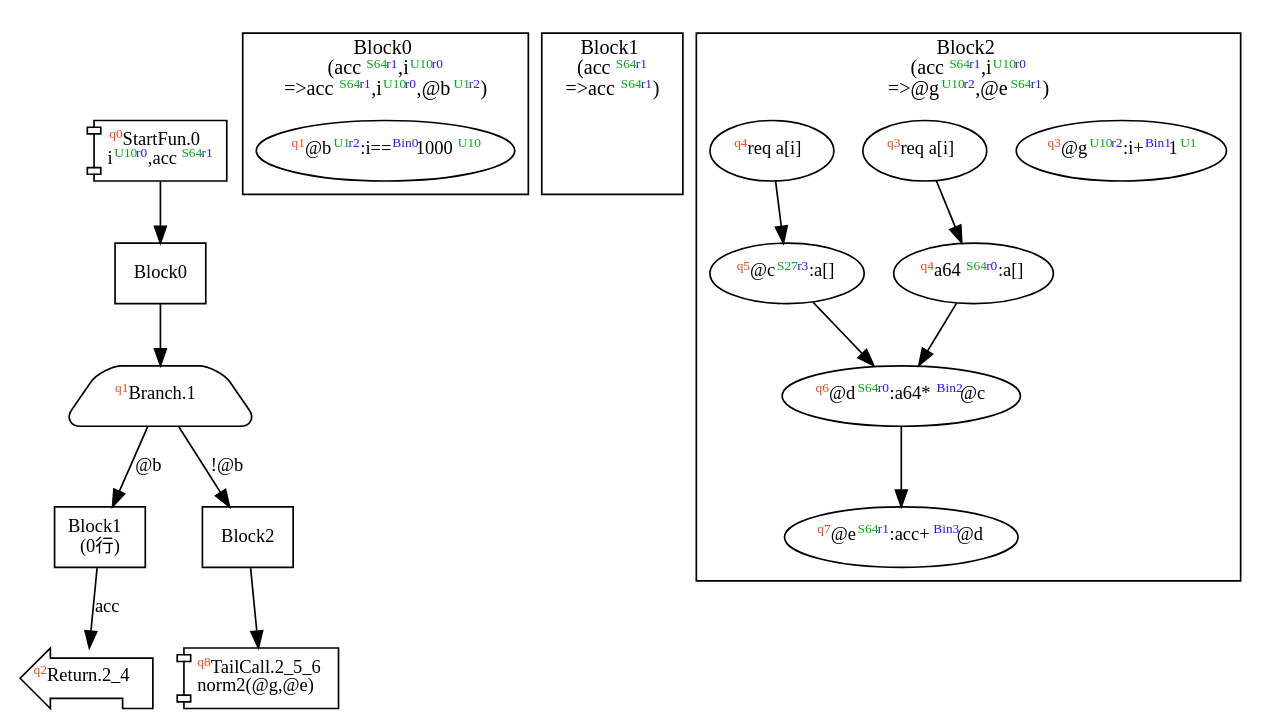
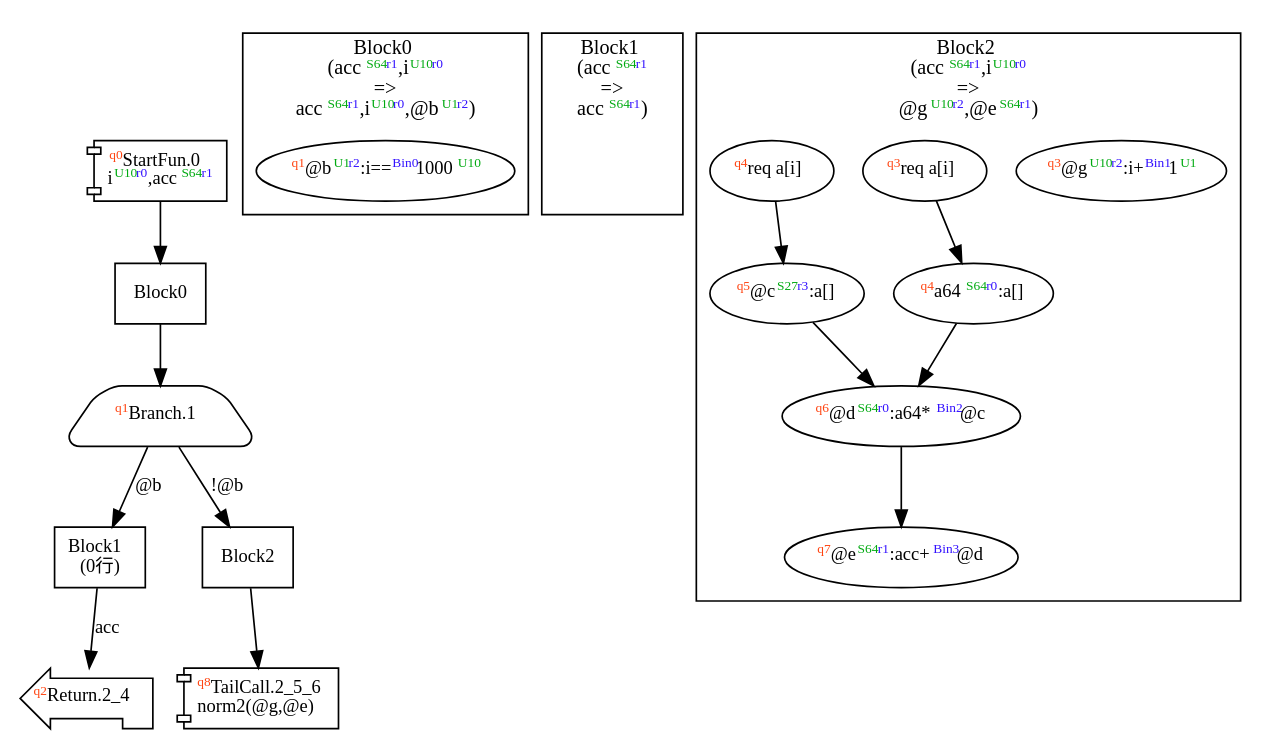
The diagram in dist/norm2.dot (akouryy/SyntheScala), drawn with Graphviz before and after one commit. The commit also changed 23 other files, not shown here.

```diff
--- a/dist/norm2.dot
+++ b/dist/norm2.dot
@@ -1,47 +1,47 @@
 digraph Program_ {
   graph [fontname = "Monaco", fontsize = 12, ranksep = 0.5];
   node [shape = box, fontname = "Monaco", fontsize = 11; colorscheme = pastel19];
   edge [fontname = "Monaco", fontsize = 11; colorscheme = pastel19];
   Jump0[label = <<font color="#ff4411" point-size="8"><sup>q0</sup></font>StartFun.0<br/>i<font color="#00aa11" point-size="8"><sup>U10</sup></font><font color="#3311ff" point-size="8"><sup>r0</sup></font>,acc<font color="#00aa11" point-size="8"><sup>S64</sup></font><font color="#3311ff" point-size="8"><sup>r1</sup></font>>; shape = component];
   Jump0 -> Block0;
   Jump1[
     label = <<font color="#ff4411" point-size="8"><sup>q1</sup></font>Branch.1>;
     shape = trapezium; style = rounded;
   ];
   Block0 -> Jump1;
   Jump1 -> Block1 [label=<@b>];
   Jump1 -> Block2 [label=<!@b>];
   Jump2_4[label = <<font color="#ff4411" point-size="8"><sup>q2</sup></font>Return.2_4>; shape = lpromoter];
   Block1 -> Jump2_4 [label=<acc>];
   Jump2_5_6[label = <<font color="#ff4411" point-size="8"><sup>q8</sup></font>TailCall.2_5_6<br/>norm2(@g,@e)>; shape = component];
   Block2 -> Jump2_5_6;
   Block0 [label = "Block0"];
   Block1 [label = "Block1\l(0行)"];
   Block2 [label = "Block2"];
   subgraph cluster_dfg_Block0 {
     node [shape = oval];
-    label = <Block0<br/>(acc<font color="#00aa11" point-size="8"><sup>S64</sup></font><font color="#3311ff" point-size="8"><sup>r1</sup></font>,i<font color="#00aa11" point-size="8"><sup>U10</sup></font><font color="#3311ff" point-size="8"><sup>r0</sup></font><br/>=&gt;acc<font color="#00aa11" point-size="8"><sup>S64</sup></font><font color="#3311ff" point-size="8"><sup>r1</sup></font>,i<font color="#00aa11" point-size="8"><sup>U10</sup></font><font color="#3311ff" point-size="8"><sup>r0</sup></font>,@b<font color="#00aa11" point-size="8"><sup>U1</sup></font><font color="#3311ff" point-size="8"><sup>r2</sup></font>)>;
+    label = <Block0<br/>(acc<font color="#00aa11" point-size="8"><sup>S64</sup></font><font color="#3311ff" point-size="8"><sup>r1</sup></font>,i<font color="#00aa11" point-size="8"><sup>U10</sup></font><font color="#3311ff" point-size="8"><sup>r0</sup></font><br/>=&gt;<br/>acc<font color="#00aa11" point-size="8"><sup>S64</sup></font><font color="#3311ff" point-size="8"><sup>r1</sup></font>,i<font color="#00aa11" point-size="8"><sup>U10</sup></font><font color="#3311ff" point-size="8"><sup>r0</sup></font>,@b<font color="#00aa11" point-size="8"><sup>U1</sup></font><font color="#3311ff" point-size="8"><sup>r2</sup></font>)>;
     1 [label=<<font color="#ff4411" point-size="8"><sup>q1</sup></font>@b<font color="#00aa11" point-size="8"><sup>U1</sup></font><font color="#3311ff" point-size="8"><sup>r2</sup></font>:i==<font color="#3311ff" point-size="8"><sup>Bin0</sup></font>1000<font color="#00aa11" point-size="8"><sup>U10</sup></font>>];
   }
   subgraph cluster_dfg_Block1 {
     node [shape = oval];
-    label = <Block1<br/>(acc<font color="#00aa11" point-size="8"><sup>S64</sup></font><font color="#3311ff" point-size="8"><sup>r1</sup></font><br/>=&gt;acc<font color="#00aa11" point-size="8"><sup>S64</sup></font><font color="#3311ff" point-size="8"><sup>r1</sup></font>)>;
+    label = <Block1<br/>(acc<font color="#00aa11" point-size="8"><sup>S64</sup></font><font color="#3311ff" point-size="8"><sup>r1</sup></font><br/>=&gt;<br/>acc<font color="#00aa11" point-size="8"><sup>S64</sup></font><font color="#3311ff" point-size="8"><sup>r1</sup></font>)>;
     dummy [style=invis];
   }
   subgraph cluster_dfg_Block2 {
     node [shape = oval];
-    label = <Block2<br/>(acc<font color="#00aa11" point-size="8"><sup>S64</sup></font><font color="#3311ff" point-size="8"><sup>r1</sup></font>,i<font color="#00aa11" point-size="8"><sup>U10</sup></font><font color="#3311ff" point-size="8"><sup>r0</sup></font><br/>=&gt;@g<font color="#00aa11" point-size="8"><sup>U10</sup></font><font color="#3311ff" point-size="8"><sup>r2</sup></font>,@e<font color="#00aa11" point-size="8"><sup>S64</sup></font><font color="#3311ff" point-size="8"><sup>r1</sup></font>)>;
+    label = <Block2<br/>(acc<font color="#00aa11" point-size="8"><sup>S64</sup></font><font color="#3311ff" point-size="8"><sup>r1</sup></font>,i<font color="#00aa11" point-size="8"><sup>U10</sup></font><font color="#3311ff" point-size="8"><sup>r0</sup></font><br/>=&gt;<br/>@g<font color="#00aa11" point-size="8"><sup>U10</sup></font><font color="#3311ff" point-size="8"><sup>r2</sup></font>,@e<font color="#00aa11" point-size="8"><sup>S64</sup></font><font color="#3311ff" point-size="8"><sup>r1</sup></font>)>;
     5 [label=<<font color="#ff4411" point-size="8"><sup>q5</sup></font>@c<font color="#00aa11" point-size="8"><sup>S27</sup></font><font color="#3311ff" point-size="8"><sup>r3</sup></font>:a[&#93;>];
     6 [label=<<font color="#ff4411" point-size="8"><sup>q6</sup></font>@d<font color="#00aa11" point-size="8"><sup>S64</sup></font><font color="#3311ff" point-size="8"><sup>r0</sup></font>:a64*<font color="#3311ff" point-size="8"><sup>Bin2</sup></font>@c>];
     9 [label=<<font color="#ff4411" point-size="8"><sup>q3</sup></font>@g<font color="#00aa11" point-size="8"><sup>U10</sup></font><font color="#3311ff" point-size="8"><sup>r2</sup></font>:i+<font color="#3311ff" point-size="8"><sup>Bin1</sup></font>1<font color="#00aa11" point-size="8"><sup>U1</sup></font>>];
     2 [label=<<font color="#ff4411" point-size="8"><sup>q3</sup></font>req a[i&#93;>];
     7 [label=<<font color="#ff4411" point-size="8"><sup>q7</sup></font>@e<font color="#00aa11" point-size="8"><sup>S64</sup></font><font color="#3311ff" point-size="8"><sup>r1</sup></font>:acc+<font color="#3311ff" point-size="8"><sup>Bin3</sup></font>@d>];
     3 [label=<<font color="#ff4411" point-size="8"><sup>q4</sup></font>a64<font color="#00aa11" point-size="8"><sup>S64</sup></font><font color="#3311ff" point-size="8"><sup>r0</sup></font>:a[&#93;>];
     4 [label=<<font color="#ff4411" point-size="8"><sup>q4</sup></font>req a[i&#93;>];
     3 -> 6;
     5 -> 6;
     6 -> 7;
     2 -> 3 [style = solid];
     4 -> 5 [style = solid];
   }
 }
```
